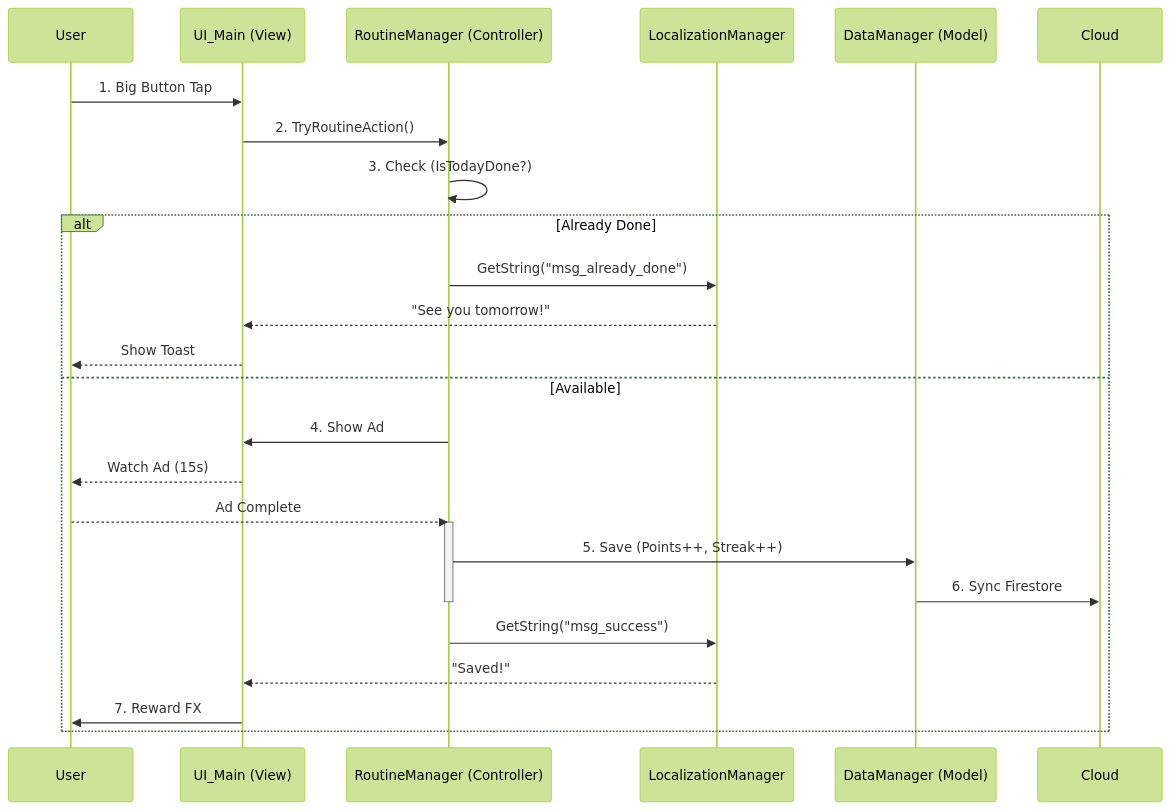
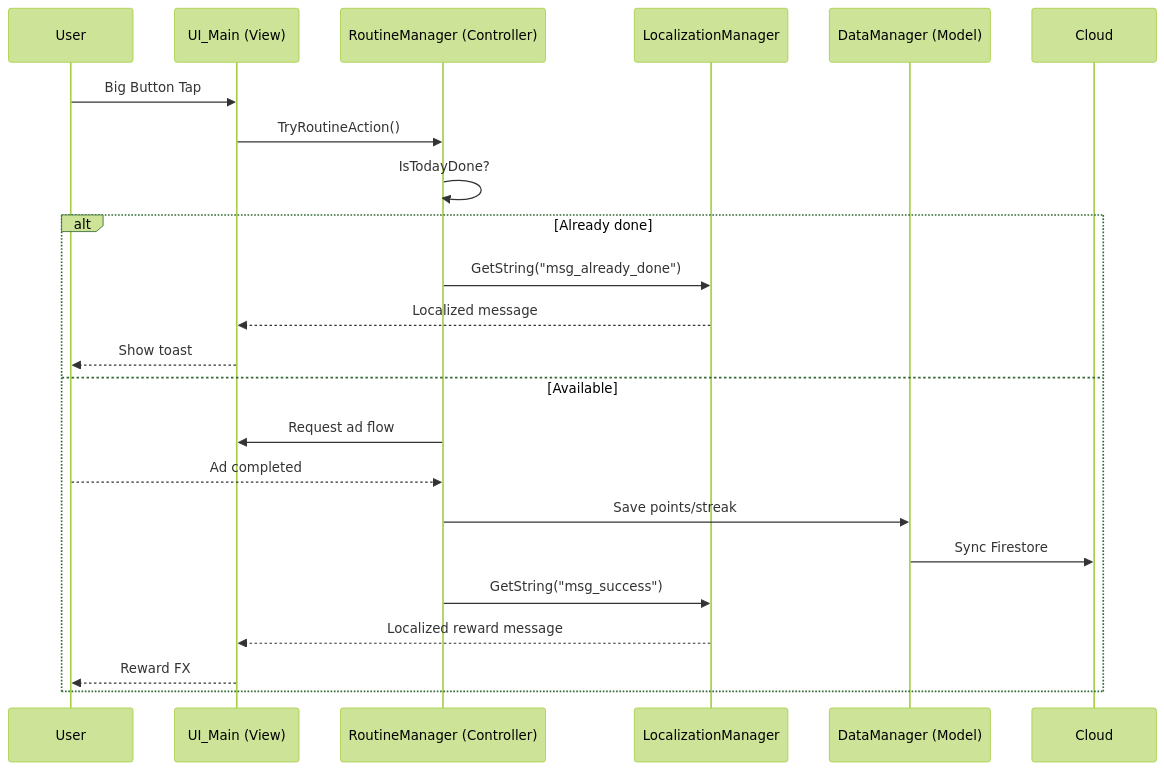
Before and after one commit to dreamwars99/Just_One_Tap: the diagram in md/Architecture.md, drawn with Mermaid (forest theme). The commit also changed other lines of this file and 2386 other files, not shown here.

````diff
--- a/md/Architecture.md
+++ b/md/Architecture.md
@@ -10,32 +10,25 @@
 ```mermaid
 sequenceDiagram
     participant User
     participant UI as UI_Main (View)
     participant Core as RoutineManager (Controller)
     participant Loc as LocalizationManager
     participant Data as DataManager (Model)
 
-    User->>UI: 1. Big Button Tap
-    UI->>Core: 2. TryRoutineAction()
-    
-    Core->>Core: 3. Check (IsTodayDone?)
-    
-    alt Already Done
+    User->>UI: Big Button Tap
+    UI->>Core: TryRoutineAction()
+    Core->>Core: IsTodayDone?
+    alt Already done
         Core->>Loc: GetString("msg_already_done")
-        Loc-->>UI: "See you tomorrow!"
-        UI-->>User: Show Toast
+        Loc-->>UI: Localized message
+        UI-->>User: Show toast
     else Available
-        Core->>UI: 4. Show Ad
-        UI-->>User: Watch Ad (15s)
-        User-->>Core: Ad Complete
-        
-        activate Core
-        Core->>Data: 5. Save (Points++, Streak++)
-        Data->>Cloud: 6. Sync Firestore
-        deactivate Core
-        
+        Core->>UI: Request ad flow
+        User-->>Core: Ad completed
+        Core->>Data: Save points/streak
+        Data->>Cloud: Sync Firestore
         Core->>Loc: GetString("msg_success")
-        Loc-->>UI: "Saved!"
-        UI->>User: 7. Reward FX
+        Loc-->>UI: Localized reward message
+        UI-->>User: Reward FX
     end
 ```
````
